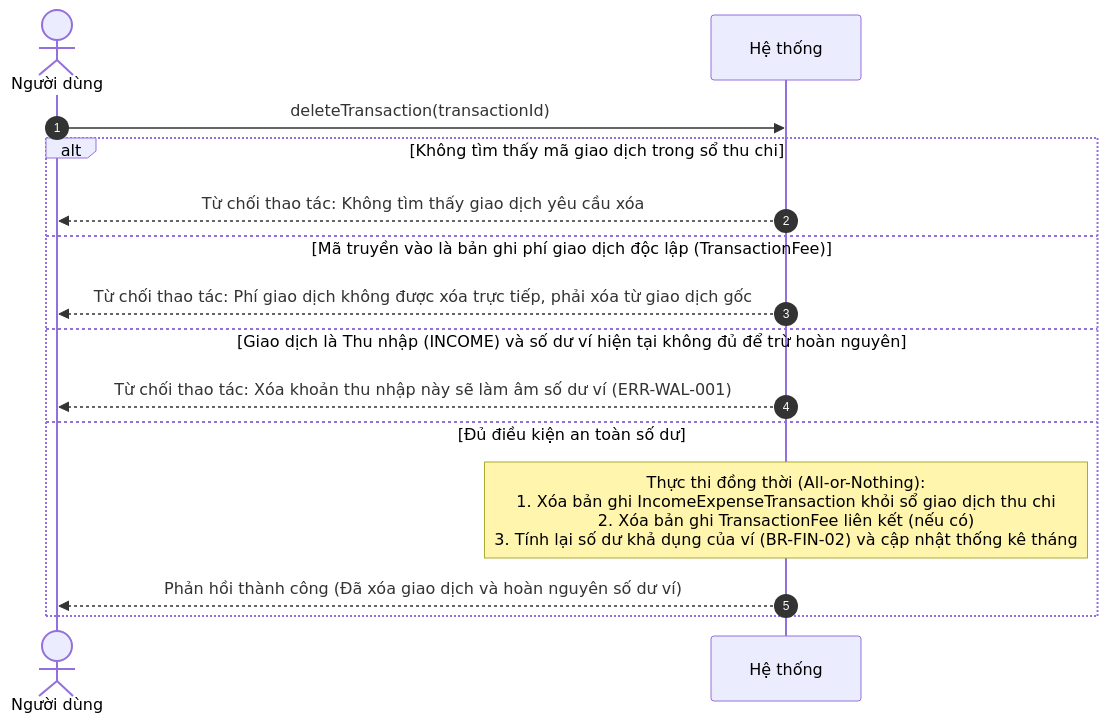
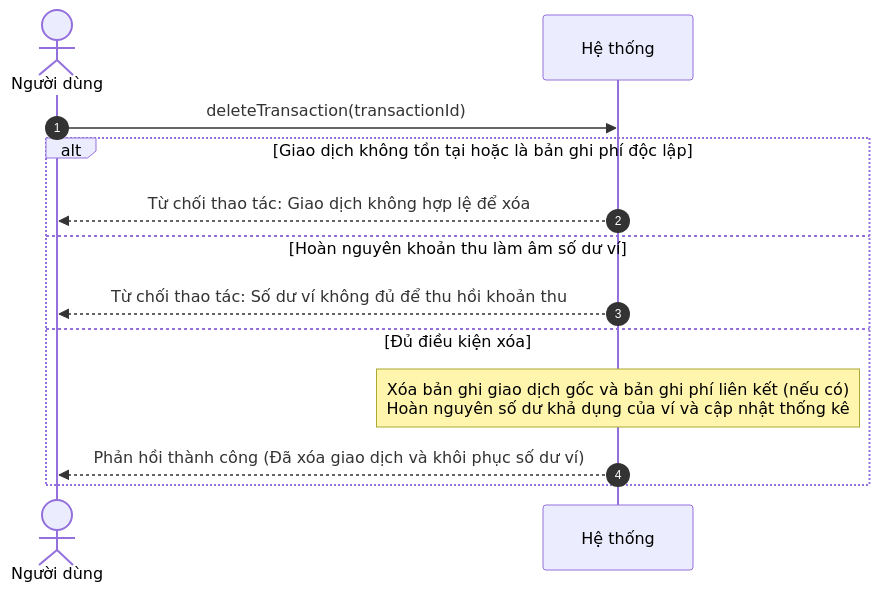
The eighth of 20 diagrams in docs/object-oriented-analysis/03-so-do-tuan-tu-he-thong-ssd.md (mynhleeh/pfms-oop), drawn with Mermaid before and after one commit. The commit also changed other lines of this file and 3 other files, not shown here.

Commit message:
docs(ood): 03 04 05 06 - fix the rule and errror notation - fix the diagrams

````diff
--- a/docs/object-oriented-analysis/03-so-do-tuan-tu-he-thong-ssd.md
+++ b/docs/object-oriented-analysis/03-so-do-tuan-tu-he-thong-ssd.md
@@ -334,18 +324,16 @@
 ```mermaid
 sequenceDiagram
     autonumber
     actor User as Người dùng
     participant System as Hệ thống
 
     User->>System: deleteTransaction(transactionId)
-    alt Không tìm thấy mã giao dịch trong sổ thu chi
-        System-->>User: Từ chối thao tác: Không tìm thấy giao dịch yêu cầu xóa
-    else Mã truyền vào là bản ghi phí giao dịch độc lập (TransactionFee)
-        System-->>User: Từ chối thao tác: Phí giao dịch không được xóa trực tiếp, phải xóa từ giao dịch gốc
-    else Giao dịch là Thu nhập (INCOME) và số dư ví hiện tại không đủ để trừ hoàn nguyên
-        System-->>User: Từ chối thao tác: Xóa khoản thu nhập này sẽ làm âm số dư ví (ERR-WAL-001)
-    else Đủ điều kiện an toàn số dư
-        Note over System: Thực thi đồng thời (All-or-Nothing):<br/>1. Xóa bản ghi IncomeExpenseTransaction khỏi sổ giao dịch thu chi<br/>2. Xóa bản ghi TransactionFee liên kết (nếu có)<br/>3. Tính lại số dư khả dụng của ví (BR-FIN-02) và cập nhật thống kê tháng
-        System-->>User: Phản hồi thành công (Đã xóa giao dịch và hoàn nguyên số dư ví)
+    alt Giao dịch không tồn tại hoặc là bản ghi phí độc lập
+        System-->>User: Từ chối thao tác: Giao dịch không hợp lệ để xóa
+    else Hoàn nguyên khoản thu làm âm số dư ví
+        System-->>User: Từ chối thao tác: Số dư ví không đủ để thu hồi khoản thu
+    else Đủ điều kiện xóa
+        Note over System: Xóa bản ghi giao dịch gốc và bản ghi phí liên kết (nếu có)<br/>Hoàn nguyên số dư khả dụng của ví và cập nhật thống kê
+        System-->>User: Phản hồi thành công (Đã xóa giao dịch và khôi phục số dư ví)
     end
 ```
````
